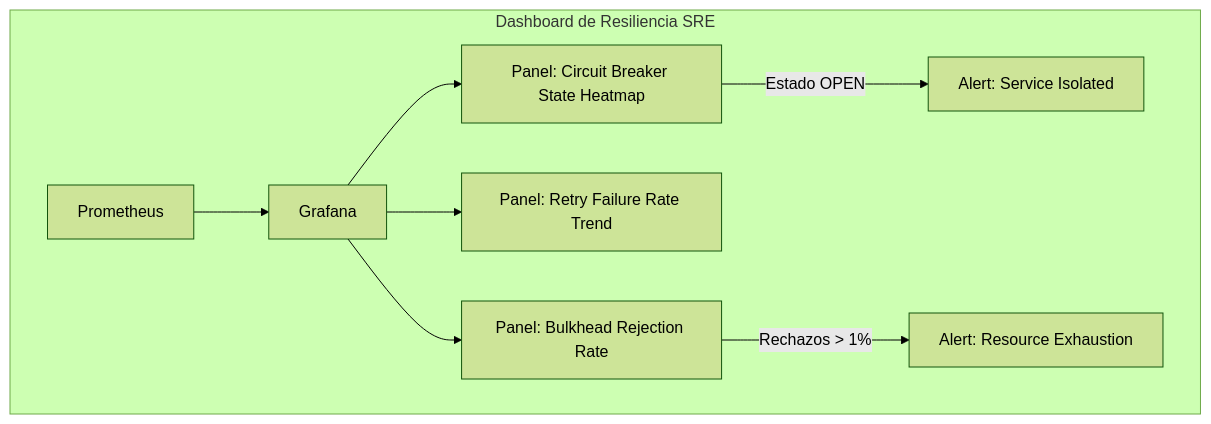
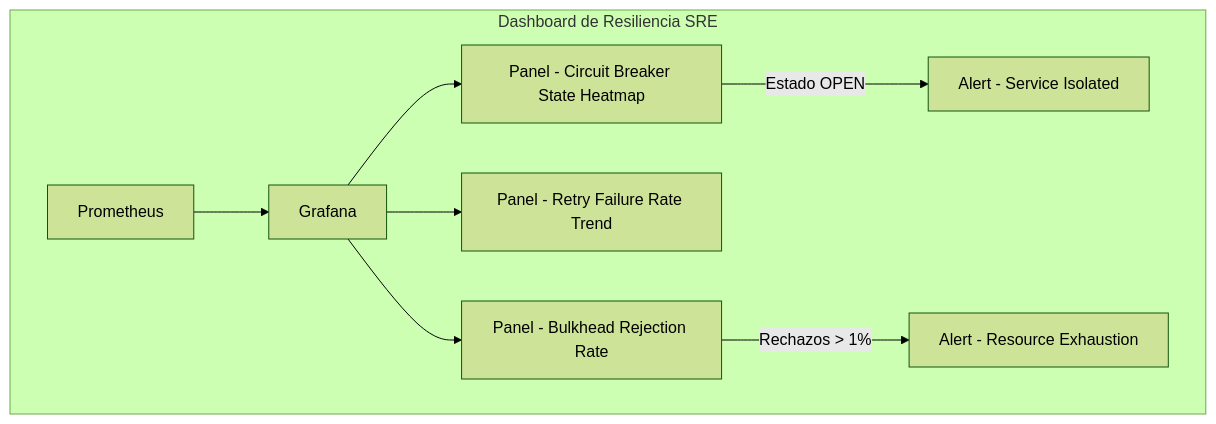
The fourth of 5 diagrams in 03_Spring_Ecosystem/resilience4j_circuit_breaker_retry_bulkhead_spring_boot_3_STAFF.md (Joaquinriosheredia/DAM-Java-Mastery), drawn with Mermaid (forest theme) before and after one commit. The commit also changed other lines of this file, not shown here.

Commit message:
resilience4j_circuit_breaker_retry_bulkhead_spring_boot_3_STAFF.md

````diff
--- a/03_Spring_Ecosystem/resilience4j_circuit_breaker_retry_bulkhead_spring_boot_3_STAFF.md
+++ b/03_Spring_Ecosystem/resilience4j_circuit_breaker_retry_bulkhead_spring_boot_3_STAFF.md
@@ -375,12 +368,12 @@
 ```mermaid
 graph TD
     subgraph "Dashboard de Resiliencia SRE"
         PROM[Prometheus] --> GRAF[Grafana]
-        GRAF --> PANEL1[Panel: Circuit Breaker State Heatmap]
-        GRAF --> PANEL2[Panel: Retry Failure Rate Trend]
-        GRAF --> PANEL3[Panel: Bulkhead Rejection Rate]
+        GRAF --> PANEL1[Panel - Circuit Breaker State Heatmap]
+        GRAF --> PANEL2[Panel - Retry Failure Rate Trend]
+        GRAF --> PANEL3[Panel - Bulkhead Rejection Rate]
         
-        PANEL1 -->|Estado OPEN| ALERT_CB[Alert: Service Isolated]
-        PANEL3 -->|Rechazos > 1%| ALERT_BH[Alert: Resource Exhaustion]
+        PANEL1 -->|Estado OPEN| ALERT_CB[Alert - Service Isolated]
+        PANEL3 -->|Rechazos > 1%| ALERT_BH[Alert - Resource Exhaustion]
     end
 ```
````
